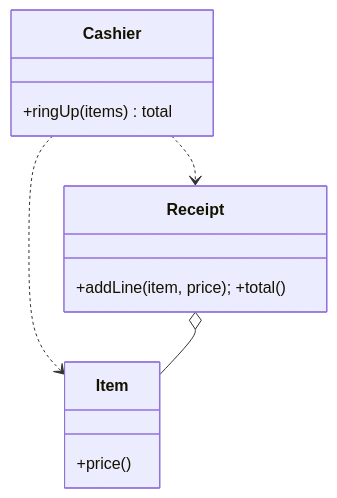
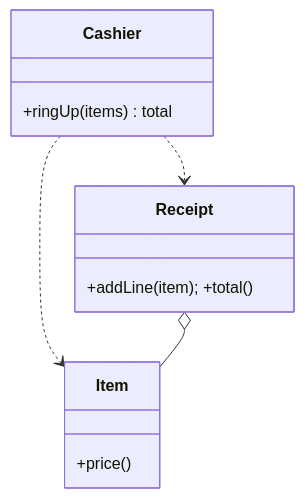
Before and after one commit to dataslope/dataslope: the third of 3 diagrams in content/learn/oop-blueprint-java/methods-and-messages.mdx, drawn with Mermaid. The commit also changed 3 other files, not shown here.

````diff
--- a/content/learn/oop-blueprint-java/methods-and-messages.mdx
+++ b/content/learn/oop-blueprint-java/methods-and-messages.mdx
@@ -208,9 +208,9 @@
 ```mermaid
 classDiagram
     class Cashier { +ringUp(items) total }
     class Item { +price() }
-    class Receipt { +addLine(item, price); +total() }
+    class Receipt { +addLine(item); +total() }
     Cashier ..> Item
     Cashier ..> Receipt
     Receipt o-- Item
 ```
````
